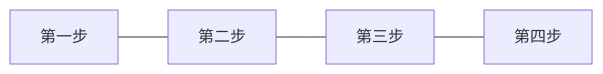
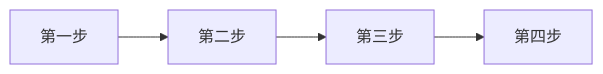
Before and after one commit to neochen2701/CodeJudgerBook: the second of 4 diagrams in part2/Console-2-1-3.md, drawn with Mermaid. The commit also changed other lines of this file, not shown here.

````diff
--- a/part2/Console-2-1-3.md
+++ b/part2/Console-2-1-3.md
@@ -36,6 +36,6 @@
 ```mermaid
 graph LR
-      A[第一步] --- B[第二步]
-      B --- C[第三步]
-      C --- D[第四步]
+      A[第一步] --> B[第二步]
+      B --> C[第三步]
+      C --> D[第四步]
 ```
````
